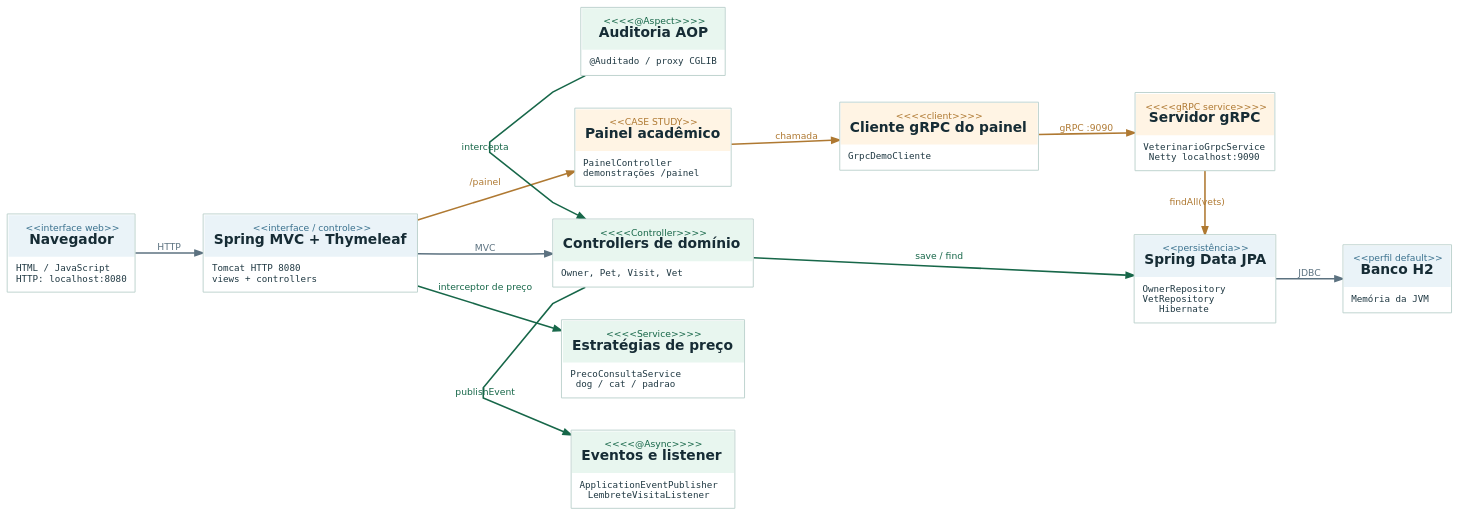
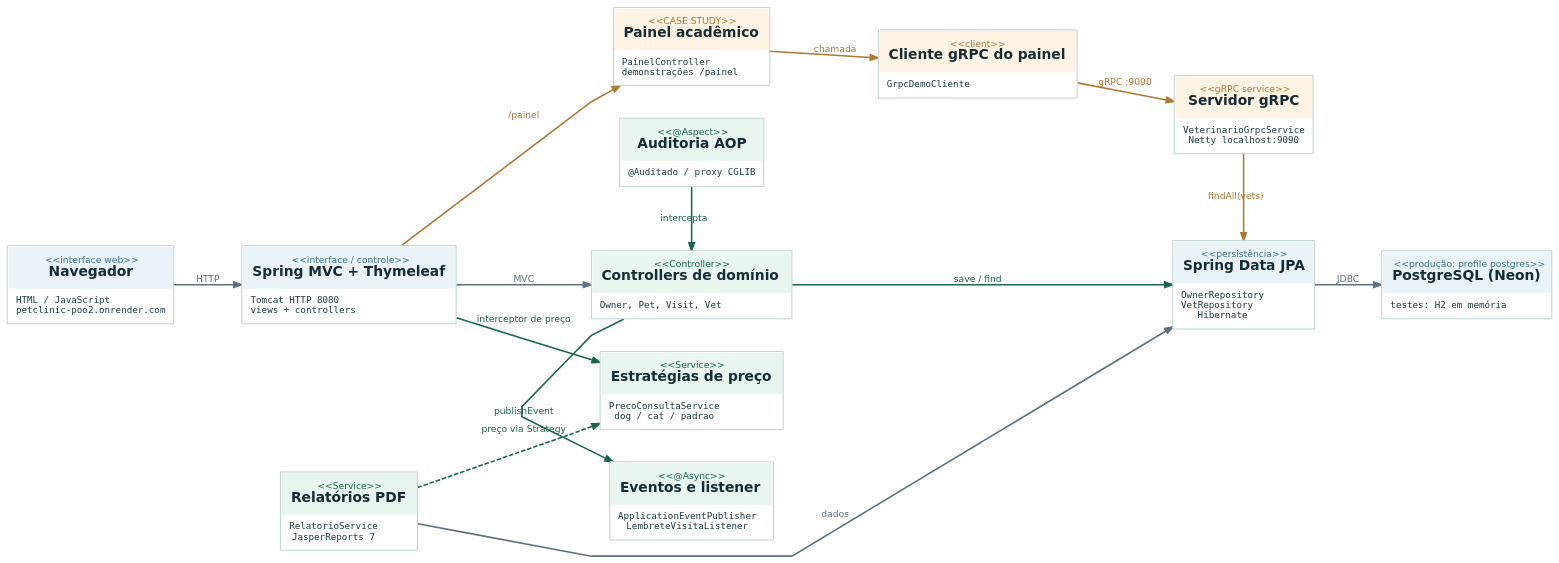
The diagram in docs/uml/dot/03_componentes_arquitetura.dot (GabrielKayran/spring-petclinic), drawn with Graphviz before and after one commit. The commit also changed 24 other files, not shown here.

First line of the commit message:
UML: diagrama de produção (Render + Neon) e correções nos diagramas

```diff
--- a/docs/uml/dot/03_componentes_arquitetura.dot
+++ b/docs/uml/dot/03_componentes_arquitetura.dot
@@ -1,29 +1,32 @@
 digraph G {
   graph [rankdir=LR, bgcolor="transparent", pad="0.32", nodesep=.48, ranksep=.65, splines=polyline, outputorder=edgesfirst, fontname="DejaVu Sans", fontsize=12];
   node [shape=plain, fontname="DejaVu Sans"];
   edge [color="#5C7280", fontname="DejaVu Sans", fontsize=10, arrowsize=.85, penwidth=1.3];
-  Browser [label=<<TABLE BORDER="1" CELLBORDER="0" CELLSPACING="0" CELLPADDING="1" COLOR="#BBD1CC" BGCOLOR="#FFFFFF"><TR><TD BGCOLOR="#EAF3F8" CELLPADDING="10" ALIGN="CENTER"><FONT FACE="DejaVu Sans" COLOR="#3A718E" POINT-SIZE="10">&lt;&lt;interface web&gt;&gt;</FONT><BR/><FONT FACE="DejaVu Sans" COLOR="#162C35" POINT-SIZE="15"><B>Navegador</B></FONT></TD></TR><TR><TD ALIGN="LEFT" CELLPADDING="8"><FONT FACE="DejaVu Sans Mono" POINT-SIZE="10" COLOR="#203943">HTML / JavaScript<BR ALIGN="LEFT"/>HTTP: localhost:8080</FONT></TD></TR></TABLE>>];
+  Browser [label=<<TABLE BORDER="1" CELLBORDER="0" CELLSPACING="0" CELLPADDING="1" COLOR="#BBD1CC" BGCOLOR="#FFFFFF"><TR><TD BGCOLOR="#EAF3F8" CELLPADDING="10" ALIGN="CENTER"><FONT FACE="DejaVu Sans" COLOR="#3A718E" POINT-SIZE="10">&lt;&lt;interface web&gt;&gt;</FONT><BR/><FONT FACE="DejaVu Sans" COLOR="#162C35" POINT-SIZE="15"><B>Navegador</B></FONT></TD></TR><TR><TD ALIGN="LEFT" CELLPADDING="8"><FONT FACE="DejaVu Sans Mono" POINT-SIZE="10" COLOR="#203943">HTML / JavaScript<BR ALIGN="LEFT"/>petclinic-poo2.onrender.com</FONT></TD></TR></TABLE>>];
   Web [label=<<TABLE BORDER="1" CELLBORDER="0" CELLSPACING="0" CELLPADDING="1" COLOR="#BBD1CC" BGCOLOR="#FFFFFF"><TR><TD BGCOLOR="#EAF3F8" CELLPADDING="10" ALIGN="CENTER"><FONT FACE="DejaVu Sans" COLOR="#3A718E" POINT-SIZE="10">&lt;&lt;interface / controle&gt;&gt;</FONT><BR/><FONT FACE="DejaVu Sans" COLOR="#162C35" POINT-SIZE="15"><B>Spring MVC + Thymeleaf</B></FONT></TD></TR><TR><TD ALIGN="LEFT" CELLPADDING="8"><FONT FACE="DejaVu Sans Mono" POINT-SIZE="10" COLOR="#203943">Tomcat HTTP 8080<BR ALIGN="LEFT"/>views + controllers</FONT></TD></TR></TABLE>>];
-  Owners [label=<<TABLE BORDER="1" CELLBORDER="0" CELLSPACING="0" CELLPADDING="1" COLOR="#BBD1CC" BGCOLOR="#FFFFFF"><TR><TD BGCOLOR="#E8F6EF" CELLPADDING="10" ALIGN="CENTER"><FONT FACE="DejaVu Sans" COLOR="#176749" POINT-SIZE="10">&lt;&lt;&lt;&lt;Controller&gt;&gt;&gt;&gt;</FONT><BR/><FONT FACE="DejaVu Sans" COLOR="#162C35" POINT-SIZE="15"><B>Controllers de domínio</B></FONT></TD></TR><TR><TD ALIGN="LEFT" CELLPADDING="8"><FONT FACE="DejaVu Sans Mono" POINT-SIZE="10" COLOR="#203943">Owner, Pet, Visit, Vet</FONT></TD></TR></TABLE>>];
-  Strategy [label=<<TABLE BORDER="1" CELLBORDER="0" CELLSPACING="0" CELLPADDING="1" COLOR="#BBD1CC" BGCOLOR="#FFFFFF"><TR><TD BGCOLOR="#E8F6EF" CELLPADDING="10" ALIGN="CENTER"><FONT FACE="DejaVu Sans" COLOR="#176749" POINT-SIZE="10">&lt;&lt;&lt;&lt;Service&gt;&gt;&gt;&gt;</FONT><BR/><FONT FACE="DejaVu Sans" COLOR="#162C35" POINT-SIZE="15"><B>Estratégias de preço</B></FONT></TD></TR><TR><TD ALIGN="LEFT" CELLPADDING="8"><FONT FACE="DejaVu Sans Mono" POINT-SIZE="10" COLOR="#203943">PrecoConsultaService<BR ALIGN="LEFT"/>dog / cat / padrao</FONT></TD></TR></TABLE>>];
-  Events [label=<<TABLE BORDER="1" CELLBORDER="0" CELLSPACING="0" CELLPADDING="1" COLOR="#BBD1CC" BGCOLOR="#FFFFFF"><TR><TD BGCOLOR="#E8F6EF" CELLPADDING="10" ALIGN="CENTER"><FONT FACE="DejaVu Sans" COLOR="#176749" POINT-SIZE="10">&lt;&lt;&lt;&lt;@Async&gt;&gt;&gt;&gt;</FONT><BR/><FONT FACE="DejaVu Sans" COLOR="#162C35" POINT-SIZE="15"><B>Eventos e listener</B></FONT></TD></TR><TR><TD ALIGN="LEFT" CELLPADDING="8"><FONT FACE="DejaVu Sans Mono" POINT-SIZE="10" COLOR="#203943">ApplicationEventPublisher<BR ALIGN="LEFT"/>LembreteVisitaListener</FONT></TD></TR></TABLE>>];
-  Aop [label=<<TABLE BORDER="1" CELLBORDER="0" CELLSPACING="0" CELLPADDING="1" COLOR="#BBD1CC" BGCOLOR="#FFFFFF"><TR><TD BGCOLOR="#E8F6EF" CELLPADDING="10" ALIGN="CENTER"><FONT FACE="DejaVu Sans" COLOR="#176749" POINT-SIZE="10">&lt;&lt;&lt;&lt;@Aspect&gt;&gt;&gt;&gt;</FONT><BR/><FONT FACE="DejaVu Sans" COLOR="#162C35" POINT-SIZE="15"><B>Auditoria AOP</B></FONT></TD></TR><TR><TD ALIGN="LEFT" CELLPADDING="8"><FONT FACE="DejaVu Sans Mono" POINT-SIZE="10" COLOR="#203943">@Auditado / proxy CGLIB</FONT></TD></TR></TABLE>>];
+  Owners [label=<<TABLE BORDER="1" CELLBORDER="0" CELLSPACING="0" CELLPADDING="1" COLOR="#BBD1CC" BGCOLOR="#FFFFFF"><TR><TD BGCOLOR="#E8F6EF" CELLPADDING="10" ALIGN="CENTER"><FONT FACE="DejaVu Sans" COLOR="#176749" POINT-SIZE="10">&lt;&lt;Controller&gt;&gt;</FONT><BR/><FONT FACE="DejaVu Sans" COLOR="#162C35" POINT-SIZE="15"><B>Controllers de domínio</B></FONT></TD></TR><TR><TD ALIGN="LEFT" CELLPADDING="8"><FONT FACE="DejaVu Sans Mono" POINT-SIZE="10" COLOR="#203943">Owner, Pet, Visit, Vet</FONT></TD></TR></TABLE>>];
+  Strategy [label=<<TABLE BORDER="1" CELLBORDER="0" CELLSPACING="0" CELLPADDING="1" COLOR="#BBD1CC" BGCOLOR="#FFFFFF"><TR><TD BGCOLOR="#E8F6EF" CELLPADDING="10" ALIGN="CENTER"><FONT FACE="DejaVu Sans" COLOR="#176749" POINT-SIZE="10">&lt;&lt;Service&gt;&gt;</FONT><BR/><FONT FACE="DejaVu Sans" COLOR="#162C35" POINT-SIZE="15"><B>Estratégias de preço</B></FONT></TD></TR><TR><TD ALIGN="LEFT" CELLPADDING="8"><FONT FACE="DejaVu Sans Mono" POINT-SIZE="10" COLOR="#203943">PrecoConsultaService<BR ALIGN="LEFT"/>dog / cat / padrao</FONT></TD></TR></TABLE>>];
+  Events [label=<<TABLE BORDER="1" CELLBORDER="0" CELLSPACING="0" CELLPADDING="1" COLOR="#BBD1CC" BGCOLOR="#FFFFFF"><TR><TD BGCOLOR="#E8F6EF" CELLPADDING="10" ALIGN="CENTER"><FONT FACE="DejaVu Sans" COLOR="#176749" POINT-SIZE="10">&lt;&lt;@Async&gt;&gt;</FONT><BR/><FONT FACE="DejaVu Sans" COLOR="#162C35" POINT-SIZE="15"><B>Eventos e listener</B></FONT></TD></TR><TR><TD ALIGN="LEFT" CELLPADDING="8"><FONT FACE="DejaVu Sans Mono" POINT-SIZE="10" COLOR="#203943">ApplicationEventPublisher<BR ALIGN="LEFT"/>LembreteVisitaListener</FONT></TD></TR></TABLE>>];
+  Aop [label=<<TABLE BORDER="1" CELLBORDER="0" CELLSPACING="0" CELLPADDING="1" COLOR="#BBD1CC" BGCOLOR="#FFFFFF"><TR><TD BGCOLOR="#E8F6EF" CELLPADDING="10" ALIGN="CENTER"><FONT FACE="DejaVu Sans" COLOR="#176749" POINT-SIZE="10">&lt;&lt;@Aspect&gt;&gt;</FONT><BR/><FONT FACE="DejaVu Sans" COLOR="#162C35" POINT-SIZE="15"><B>Auditoria AOP</B></FONT></TD></TR><TR><TD ALIGN="LEFT" CELLPADDING="8"><FONT FACE="DejaVu Sans Mono" POINT-SIZE="10" COLOR="#203943">@Auditado / proxy CGLIB</FONT></TD></TR></TABLE>>];
   Repo [label=<<TABLE BORDER="1" CELLBORDER="0" CELLSPACING="0" CELLPADDING="1" COLOR="#BBD1CC" BGCOLOR="#FFFFFF"><TR><TD BGCOLOR="#EAF3F8" CELLPADDING="10" ALIGN="CENTER"><FONT FACE="DejaVu Sans" COLOR="#3A718E" POINT-SIZE="10">&lt;&lt;persistência&gt;&gt;</FONT><BR/><FONT FACE="DejaVu Sans" COLOR="#162C35" POINT-SIZE="15"><B>Spring Data JPA</B></FONT></TD></TR><TR><TD ALIGN="LEFT" CELLPADDING="8"><FONT FACE="DejaVu Sans Mono" POINT-SIZE="10" COLOR="#203943">OwnerRepository<BR ALIGN="LEFT"/>VetRepository<BR ALIGN="LEFT"/>Hibernate</FONT></TD></TR></TABLE>>];
-  H2 [label=<<TABLE BORDER="1" CELLBORDER="0" CELLSPACING="0" CELLPADDING="1" COLOR="#BBD1CC" BGCOLOR="#FFFFFF"><TR><TD BGCOLOR="#EAF3F8" CELLPADDING="10" ALIGN="CENTER"><FONT FACE="DejaVu Sans" COLOR="#3A718E" POINT-SIZE="10">&lt;&lt;perfil default&gt;&gt;</FONT><BR/><FONT FACE="DejaVu Sans" COLOR="#162C35" POINT-SIZE="15"><B>Banco H2</B></FONT></TD></TR><TR><TD ALIGN="LEFT" CELLPADDING="8"><FONT FACE="DejaVu Sans Mono" POINT-SIZE="10" COLOR="#203943">Memória da JVM</FONT></TD></TR></TABLE>>];
+  H2 [label=<<TABLE BORDER="1" CELLBORDER="0" CELLSPACING="0" CELLPADDING="1" COLOR="#BBD1CC" BGCOLOR="#FFFFFF"><TR><TD BGCOLOR="#EAF3F8" CELLPADDING="10" ALIGN="CENTER"><FONT FACE="DejaVu Sans" COLOR="#3A718E" POINT-SIZE="10">&lt;&lt;produção: profile postgres&gt;&gt;</FONT><BR/><FONT FACE="DejaVu Sans" COLOR="#162C35" POINT-SIZE="15"><B>PostgreSQL (Neon)</B></FONT></TD></TR><TR><TD ALIGN="LEFT" CELLPADDING="8"><FONT FACE="DejaVu Sans Mono" POINT-SIZE="10" COLOR="#203943">testes: H2 em memória</FONT></TD></TR></TABLE>>];
   Panel [label=<<TABLE BORDER="1" CELLBORDER="0" CELLSPACING="0" CELLPADDING="1" COLOR="#BBD1CC" BGCOLOR="#FFFFFF"><TR><TD BGCOLOR="#FFF4E4" CELLPADDING="10" ALIGN="CENTER"><FONT FACE="DejaVu Sans" COLOR="#AF7932" POINT-SIZE="10">&lt;&lt;CASE STUDY&gt;&gt;</FONT><BR/><FONT FACE="DejaVu Sans" COLOR="#162C35" POINT-SIZE="15"><B>Painel acadêmico</B></FONT></TD></TR><TR><TD ALIGN="LEFT" CELLPADDING="8"><FONT FACE="DejaVu Sans Mono" POINT-SIZE="10" COLOR="#203943">PainelController<BR ALIGN="LEFT"/>demonstrações /painel</FONT></TD></TR></TABLE>>];
-  gClient [label=<<TABLE BORDER="1" CELLBORDER="0" CELLSPACING="0" CELLPADDING="1" COLOR="#BBD1CC" BGCOLOR="#FFFFFF"><TR><TD BGCOLOR="#FFF4E4" CELLPADDING="10" ALIGN="CENTER"><FONT FACE="DejaVu Sans" COLOR="#AF7932" POINT-SIZE="10">&lt;&lt;&lt;&lt;client&gt;&gt;&gt;&gt;</FONT><BR/><FONT FACE="DejaVu Sans" COLOR="#162C35" POINT-SIZE="15"><B>Cliente gRPC do painel</B></FONT></TD></TR><TR><TD ALIGN="LEFT" CELLPADDING="8"><FONT FACE="DejaVu Sans Mono" POINT-SIZE="10" COLOR="#203943">GrpcDemoCliente</FONT></TD></TR></TABLE>>];
-  gServer [label=<<TABLE BORDER="1" CELLBORDER="0" CELLSPACING="0" CELLPADDING="1" COLOR="#BBD1CC" BGCOLOR="#FFFFFF"><TR><TD BGCOLOR="#FFF4E4" CELLPADDING="10" ALIGN="CENTER"><FONT FACE="DejaVu Sans" COLOR="#AF7932" POINT-SIZE="10">&lt;&lt;&lt;&lt;gRPC service&gt;&gt;&gt;&gt;</FONT><BR/><FONT FACE="DejaVu Sans" COLOR="#162C35" POINT-SIZE="15"><B>Servidor gRPC</B></FONT></TD></TR><TR><TD ALIGN="LEFT" CELLPADDING="8"><FONT FACE="DejaVu Sans Mono" POINT-SIZE="10" COLOR="#203943">VeterinarioGrpcService<BR ALIGN="LEFT"/>Netty localhost:9090</FONT></TD></TR></TABLE>>];
+  gClient [label=<<TABLE BORDER="1" CELLBORDER="0" CELLSPACING="0" CELLPADDING="1" COLOR="#BBD1CC" BGCOLOR="#FFFFFF"><TR><TD BGCOLOR="#FFF4E4" CELLPADDING="10" ALIGN="CENTER"><FONT FACE="DejaVu Sans" COLOR="#AF7932" POINT-SIZE="10">&lt;&lt;client&gt;&gt;</FONT><BR/><FONT FACE="DejaVu Sans" COLOR="#162C35" POINT-SIZE="15"><B>Cliente gRPC do painel</B></FONT></TD></TR><TR><TD ALIGN="LEFT" CELLPADDING="8"><FONT FACE="DejaVu Sans Mono" POINT-SIZE="10" COLOR="#203943">GrpcDemoCliente</FONT></TD></TR></TABLE>>];
+  gServer [label=<<TABLE BORDER="1" CELLBORDER="0" CELLSPACING="0" CELLPADDING="1" COLOR="#BBD1CC" BGCOLOR="#FFFFFF"><TR><TD BGCOLOR="#FFF4E4" CELLPADDING="10" ALIGN="CENTER"><FONT FACE="DejaVu Sans" COLOR="#AF7932" POINT-SIZE="10">&lt;&lt;gRPC service&gt;&gt;</FONT><BR/><FONT FACE="DejaVu Sans" COLOR="#162C35" POINT-SIZE="15"><B>Servidor gRPC</B></FONT></TD></TR><TR><TD ALIGN="LEFT" CELLPADDING="8"><FONT FACE="DejaVu Sans Mono" POINT-SIZE="10" COLOR="#203943">VeterinarioGrpcService<BR ALIGN="LEFT"/>Netty localhost:9090</FONT></TD></TR></TABLE>>];
+  Report [label=<<TABLE BORDER="1" CELLBORDER="0" CELLSPACING="0" CELLPADDING="1" COLOR="#BBD1CC" BGCOLOR="#FFFFFF"><TR><TD BGCOLOR="#E8F6EF" CELLPADDING="10" ALIGN="CENTER"><FONT FACE="DejaVu Sans" COLOR="#176749" POINT-SIZE="10">&lt;&lt;Service&gt;&gt;</FONT><BR/><FONT FACE="DejaVu Sans" COLOR="#162C35" POINT-SIZE="15"><B>Relatórios PDF</B></FONT></TD></TR><TR><TD ALIGN="LEFT" CELLPADDING="8"><FONT FACE="DejaVu Sans Mono" POINT-SIZE="10" COLOR="#203943">RelatorioService<BR ALIGN="LEFT"/>JasperReports 7</FONT></TD></TR></TABLE>>];
   {rank=same; Owners; Strategy; Events; Aop;}
   {rank=same; Repo; gServer;}
   Browser -> Web [color="#5C7280", label="HTTP", fontcolor="#5C7280", penwidth=1.7];
   Web -> Owners [color="#5C7280", label="MVC", fontcolor="#5C7280", penwidth=1.7];
   Owners -> Repo [color="#176749", label="save / find", fontcolor="#176749", penwidth=1.7];
   Repo -> H2 [color="#5C7280", label="JDBC", fontcolor="#5C7280", penwidth=1.7];
   Web -> Strategy [color="#176749", label="interceptor de preço", fontcolor="#176749", penwidth=1.7];
   Owners -> Events [color="#176749", label="publishEvent", fontcolor="#176749", penwidth=1.7];
   Aop -> Owners [color="#176749", label="intercepta", fontcolor="#176749", penwidth=1.7];
   Web -> Panel [color="#AF7932", label="/painel", fontcolor="#AF7932", penwidth=1.7];
   Panel -> gClient [color="#AF7932", label="chamada", fontcolor="#AF7932", penwidth=1.7];
   gClient -> gServer [color="#AF7932", label="gRPC :9090", fontcolor="#AF7932", penwidth=1.7];
   gServer -> Repo [color="#AF7932", label="findAll(vets)", fontcolor="#AF7932", penwidth=1.7];
+  Report -> Repo [color="#5C7280", label="dados", fontcolor="#5C7280", penwidth=1.7];
+  Report -> Strategy [color="#176749", style=dashed, label="preço via Strategy", fontcolor="#176749", penwidth=1.7];
 }
```
